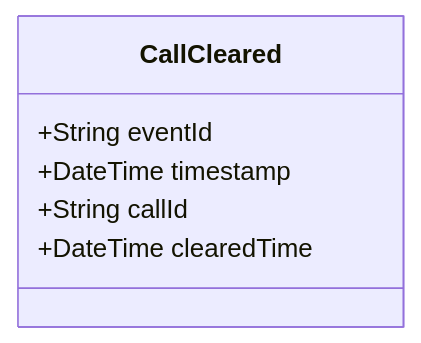
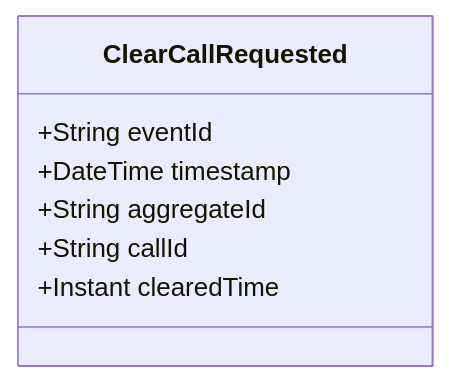
Before and after one commit to pgraff/police-system: the diagram in doc/events/CallCleared.md, drawn with Mermaid. The commit also changed other lines of this file and 58 other files, not shown here.

````diff
--- a/doc/events/CallCleared.md
+++ b/doc/events/CallCleared.md
@@ -9,9 +9,10 @@
 ```mermaid
 classDiagram
-    class CallCleared {
+    class ClearCallRequested {
         +String eventId
         +DateTime timestamp
+        +String aggregateId
         +String callId
-        +DateTime clearedTime
+        +Instant clearedTime
     }
 ```
````
